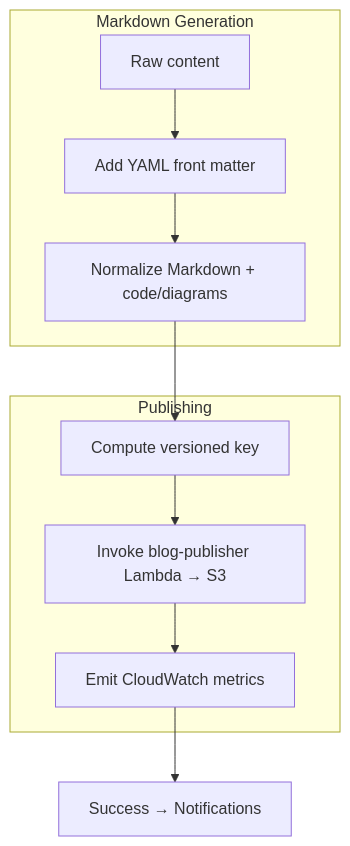
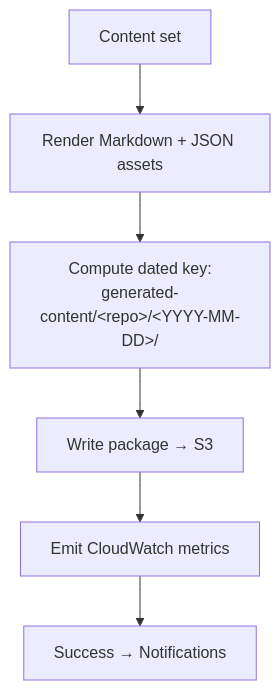
Before and after one commit to teddynted/ai-github-repository-blog-generator: the fifth of 6 diagrams in docs/workflows.md, drawn with Mermaid. The commit also changed other lines of this file and 10 other files, not shown here.

````diff
--- a/docs/workflows.md
+++ b/docs/workflows.md
@@ -105,13 +110,8 @@
 ```mermaid
 flowchart TB
-    subgraph MG[Markdown Generation]
-        C[Raw content] --> FM[Add YAML front matter]
-        FM --> MD[Normalize Markdown + code/diagrams]
-    end
-    subgraph PUB[Publishing]
-        MD --> KV[Compute versioned key]
-        KV --> W[Invoke blog-publisher Lambda → S3]
-        W --> ME[Emit CloudWatch metrics]
-    end
+    C[Content set] --> R[Render Markdown + JSON assets]
+    R --> KV[Compute dated key:<br/>generated-content/&lt;repo&gt;/&lt;YYYY-MM-DD&gt;/]
+    KV --> W[Write package → S3]
+    W --> ME[Emit CloudWatch metrics]
     ME --> OK[Success → Notifications]
 ```
````
